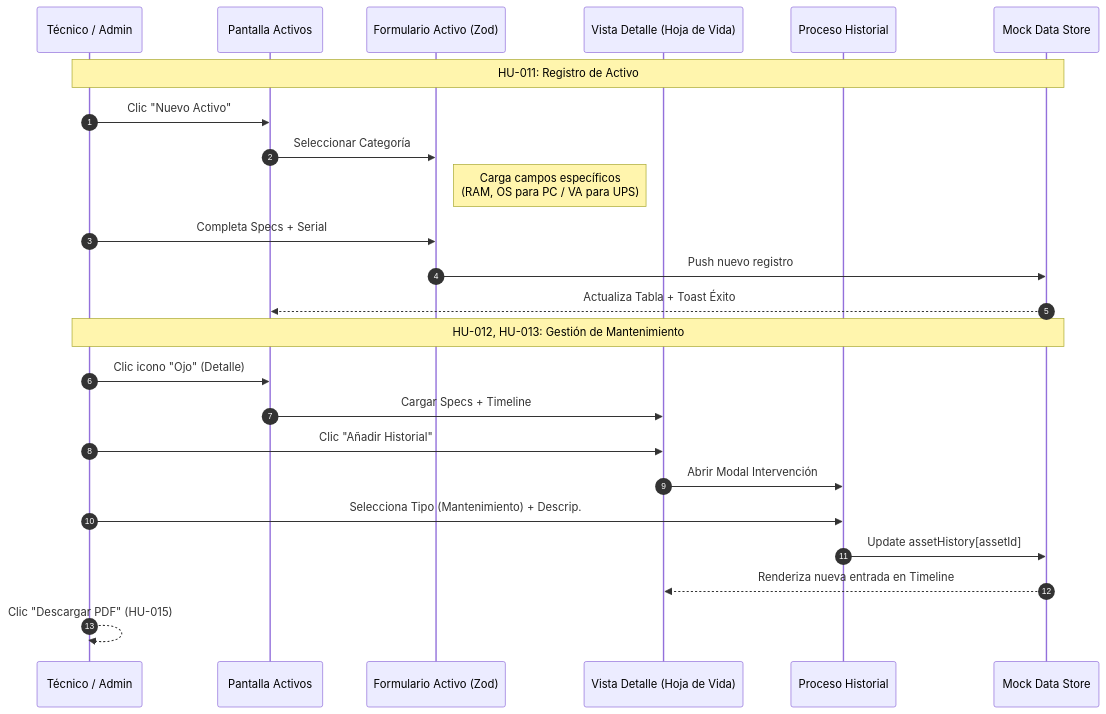
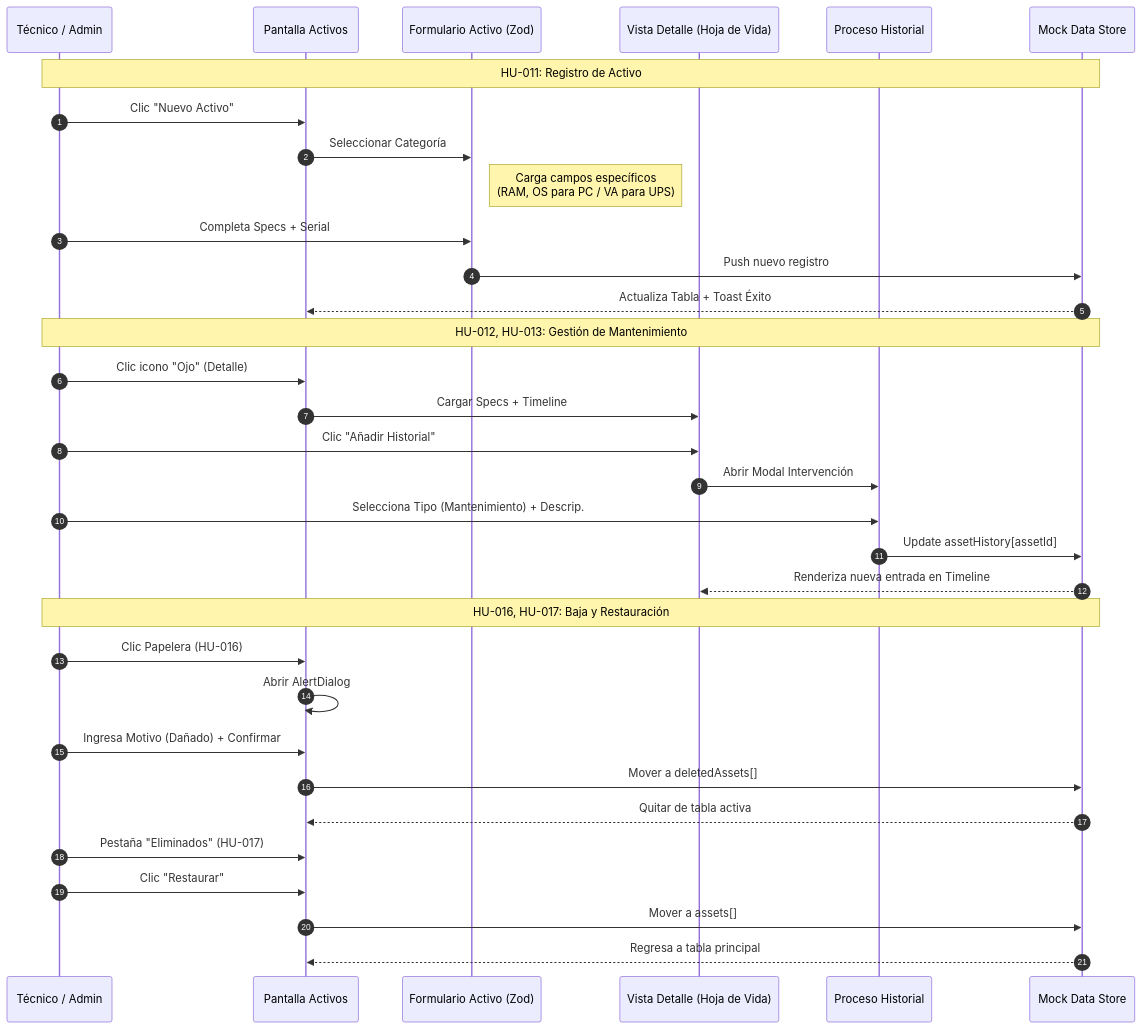
One commit to KaicerPirata/Proyecto changed the third of 4 diagrams in DIAGRAMAS.md. Above: the diagram before and after it, drawn with Mermaid. The commit also changed other lines of this file, not shown here.

Commit message:
no me deja copiar el codigo

````diff
--- a/DIAGRAMAS.md
+++ b/DIAGRAMAS.md
@@ -117,28 +125,39 @@
 ```mermaid
 sequenceDiagram
     autonumber
     participant T as Técnico / Admin
     participant LA as Pantalla Activos
     participant AF as Formulario Activo (Zod)
     participant VD as Vista Detalle (Hoja de Vida)
     participant PH as Proceso Historial
     participant DB as Mock Data Store
 
     Note over T, DB: HU-011: Registro de Activo
     T->>LA: Clic "Nuevo Activo"
     LA->>AF: Seleccionar Categoría
     Note right of AF: Carga campos específicos<br/>(RAM, OS para PC / VA para UPS)
     T->>AF: Completa Specs + Serial
     AF->>DB: Push nuevo registro
     DB-->>LA: Actualiza Tabla + Toast Éxito
 
     Note over T, DB: HU-012, HU-013: Gestión de Mantenimiento
     T->>LA: Clic icono "Ojo" (Detalle)
     LA->>VD: Cargar Specs + Timeline
     T->>VD: Clic "Añadir Historial"
     VD->>PH: Abrir Modal Intervención
     T->>PH: Selecciona Tipo (Mantenimiento) + Descrip.
     PH->>DB: Update assetHistory[assetId]
     DB-->>VD: Renderiza nueva entrada en Timeline
-    T-->>T: Clic "Descargar PDF" (HU-015)
+
+    Note over T, DB: HU-016, HU-017: Baja y Restauración
+    T->>LA: Clic Papelera (HU-016)
+    LA->>LA: Abrir AlertDialog
+    T->>LA: Ingresa Motivo (Dañado) + Confirmar
+    LA->>DB: Mover a deletedAssets[]
+    DB-->>LA: Quitar de tabla activa
+    
+    T->>LA: Pestaña "Eliminados" (HU-017)
+    T->>LA: Clic "Restaurar"
+    LA->>DB: Mover a assets[]
+    DB-->>LA: Regresa a tabla principal
 ```
````
